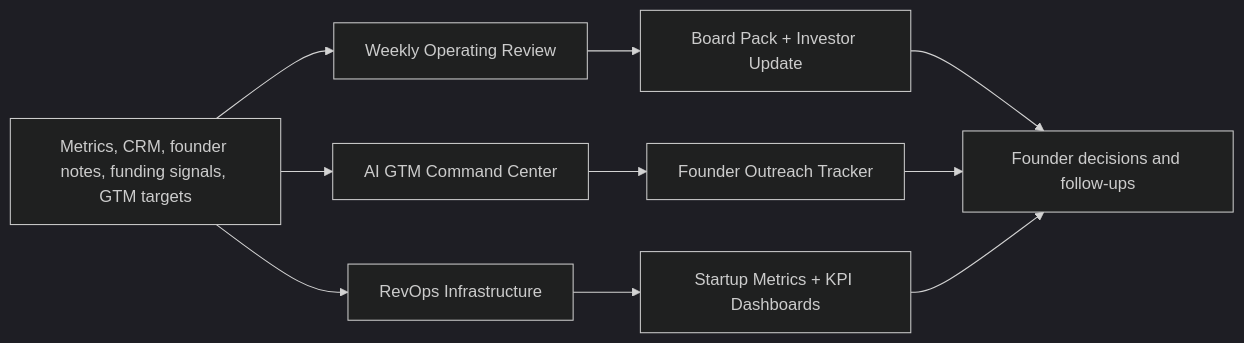
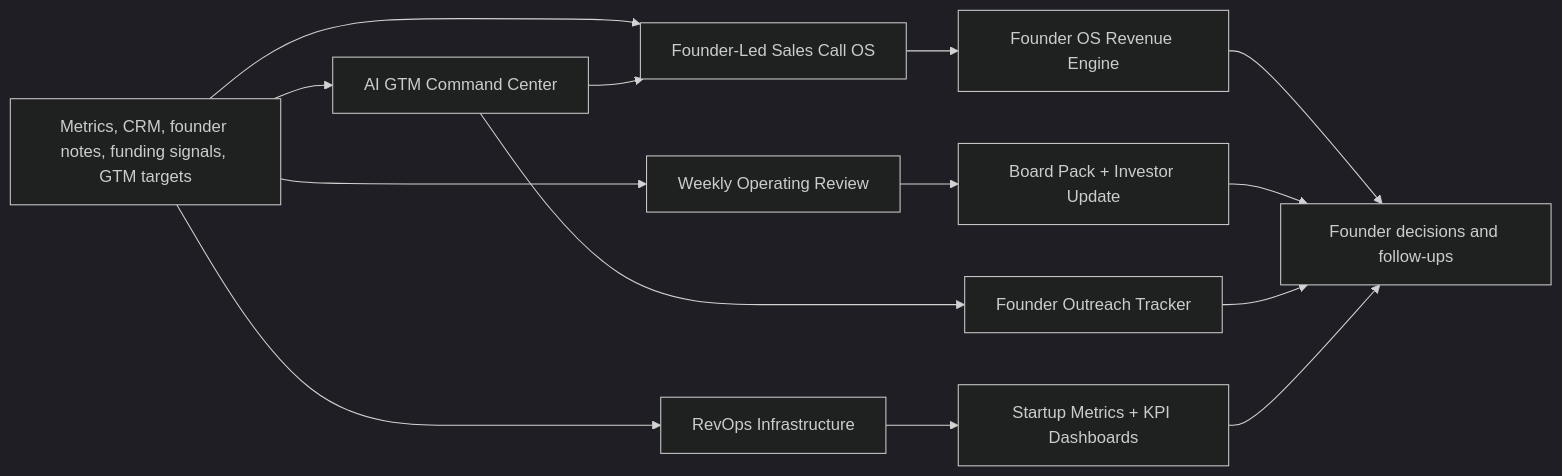
The diagram in README.md (shubham1502-hue/founder-os), drawn with Mermaid (dark theme) before and after one commit. The commit also changed other lines of this file, not shown here.

Commit message:
Add Founder-Led Sales Call OS portfolio links

````diff
--- a/README.md
+++ b/README.md
@@ -78,12 +79,16 @@
 ```mermaid
 flowchart LR
     Inputs["Metrics, CRM, founder notes, funding signals, GTM targets"] --> Review["Weekly Operating Review"]
     Inputs --> GTM["AI GTM Command Center"]
+    Inputs --> Calls["Founder-Led Sales Call OS"]
     Inputs --> RevOps["RevOps Infrastructure"]
     Review --> Board["Board Pack + Investor Update"]
+    GTM --> Calls
+    Calls --> Revenue["Founder OS Revenue Engine"]
     GTM --> Outreach["Founder Outreach Tracker"]
     RevOps --> Metrics["Startup Metrics + KPI Dashboards"]
+    Revenue --> Decisions["Founder decisions and follow-ups"]
     Board --> Decisions["Founder decisions and follow-ups"]
     Outreach --> Decisions
     Metrics --> Decisions
 ```
````
